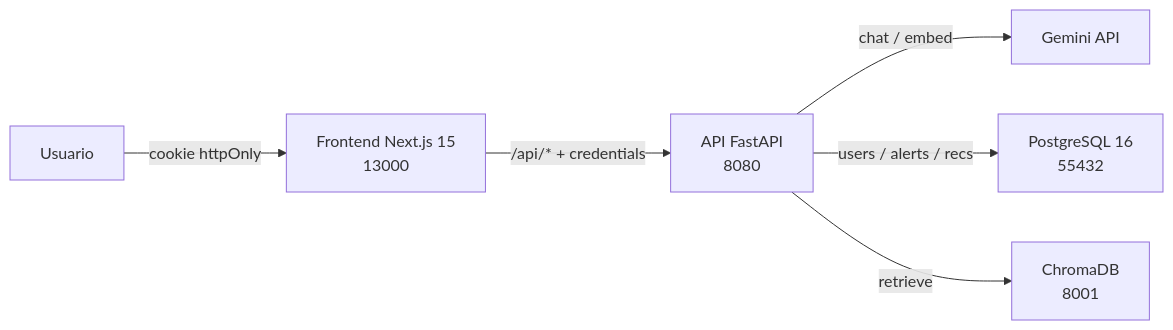
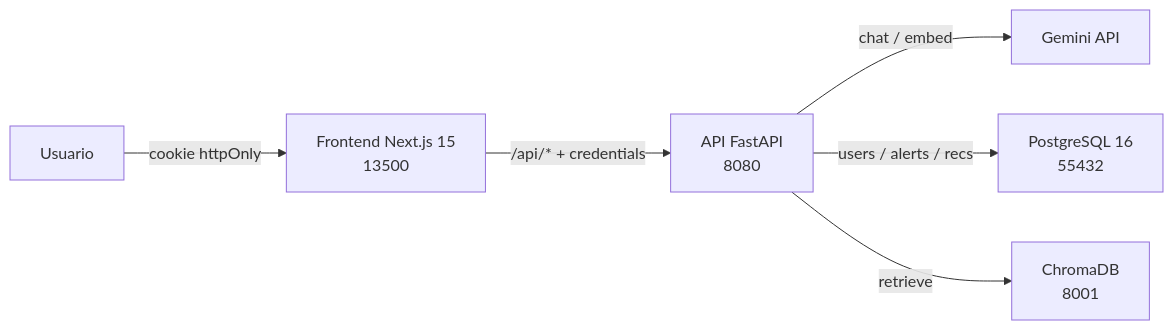
One commit to f3l0X/soc-copilot changed the first of 2 diagrams in docs/03-arquitectura.md. Above: the diagram before and after it, drawn with Mermaid. The commit also changed other lines of this file and 8 other files, not shown here.

````diff
--- a/docs/03-arquitectura.md
+++ b/docs/03-arquitectura.md
@@ -5,8 +5,8 @@
 ```mermaid
 flowchart LR
-    U["Usuario"] -->|cookie httpOnly| W["Frontend Next.js 15<br>13000"]
+    U["Usuario"] -->|cookie httpOnly| W["Frontend Next.js 15<br>13500"]
     W -->|/api/* + credentials| A["API FastAPI<br>8080"]
     A -->|chat / embed| G["Gemini API"]
     A -->|users / alerts / recs| P["PostgreSQL 16<br>55432"]
     A -->|retrieve| C["ChromaDB<br>8001"]
 ```
````
